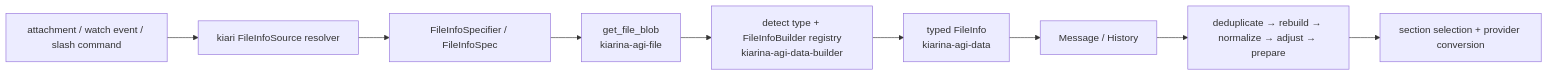
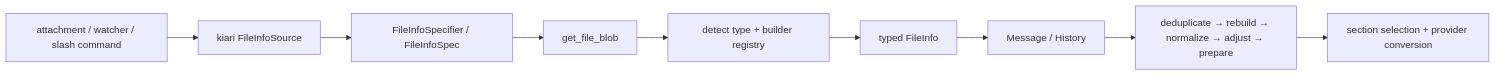
One commit to kiarina/kiari changed the diagram in docs/concepts/kiarina-python/file-info-and-data-builder.md. Above: the diagram before and after it, drawn with Mermaid. The commit also changed other lines of this file and 19 other files, not shown here.

````diff
--- a/docs/concepts/kiarina-python/file-info-and-data-builder.md
+++ b/docs/concepts/kiarina-python/file-info-and-data-builder.md
@@ -30,11 +26,11 @@
 ```mermaid
 flowchart LR
-    Input["attachment / watch event / slash command"] --> Resolve["kiari FileInfoSource resolver"]
+    Input["attachment / watcher / slash command"] --> Resolve["kiari FileInfoSource"]
     Resolve --> Spec["FileInfoSpecifier / FileInfoSpec"]
-    Spec --> Load["get_file_blob<br/>kiarina-agi-file"]
-    Load --> Build["detect type + FileInfoBuilder registry<br/>kiarina-agi-data-builder"]
-    Build --> Info["typed FileInfo<br/>kiarina-agi-data"]
+    Spec --> Load["get_file_blob"]
+    Load --> Build["detect type + builder registry"]
+    Build --> Info["typed FileInfo"]
     Info --> History["Message / History"]
     History --> PreRun["deduplicate → rebuild → normalize → adjust → prepare"]
     PreRun --> Prompt["section selection + provider conversion"]
 ```
````
